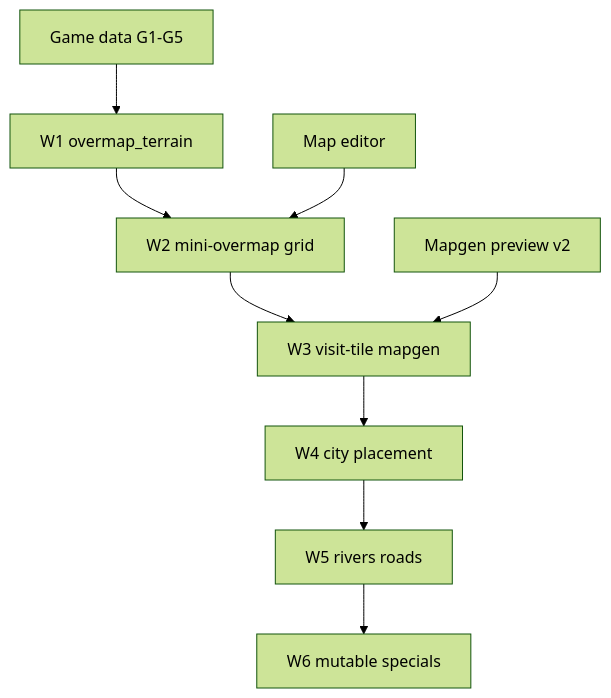
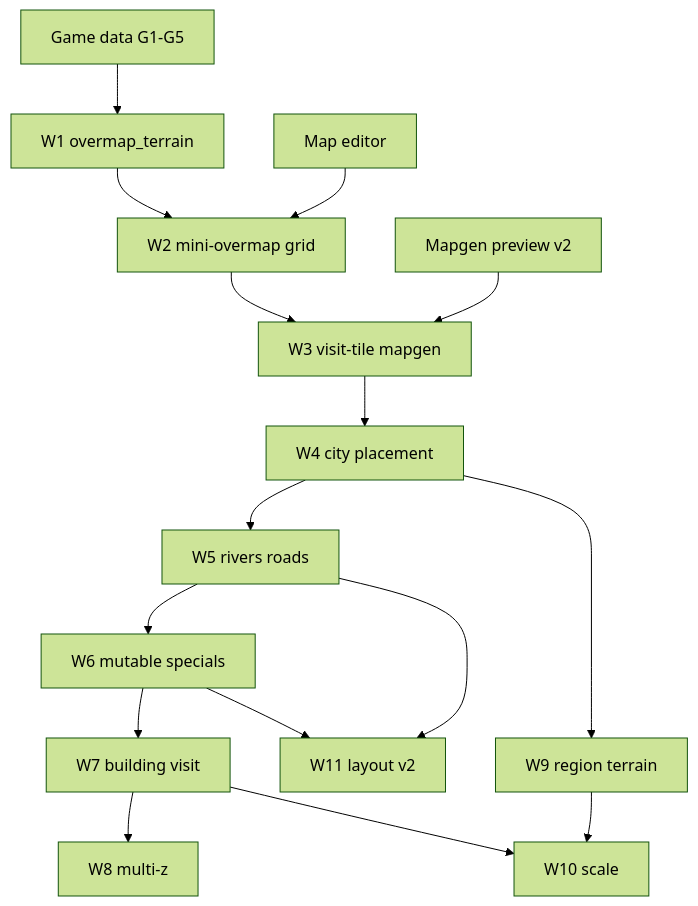
The diagram in docs/worldgen/README.md (SOS-Games/Cataclysm-BN-nextgen), drawn with Mermaid (forest theme) before and after one commit. The commit also changed other lines of this file and 71 other files, not shown here.

````diff
--- a/docs/worldgen/README.md
+++ b/docs/worldgen/README.md
@@ -61,12 +74,20 @@
 ```mermaid
 flowchart TD
     W1[W1 overmap_terrain] --> W2[W2 mini-overmap grid]
     W2 --> W3[W3 visit-tile mapgen]
     W3 --> W4[W4 city placement]
     W4 --> W5[W5 rivers roads]
     W5 --> W6[W6 mutable specials]
 
+    W6 --> W7[W7 building visit]
+    W7 --> W8[W8 multi-z]
+    W7 --> W10[W10 scale]
+    W4 --> W9[W9 region terrain]
+    W9 --> W10
+    W5 --> W11[W11 layout v2]
+    W6 --> W11
+
     MP[Mapgen preview v2] --> W3
     GD[Game data G1-G5] --> W1
     ME[Map editor] --> W2
 ```
````
